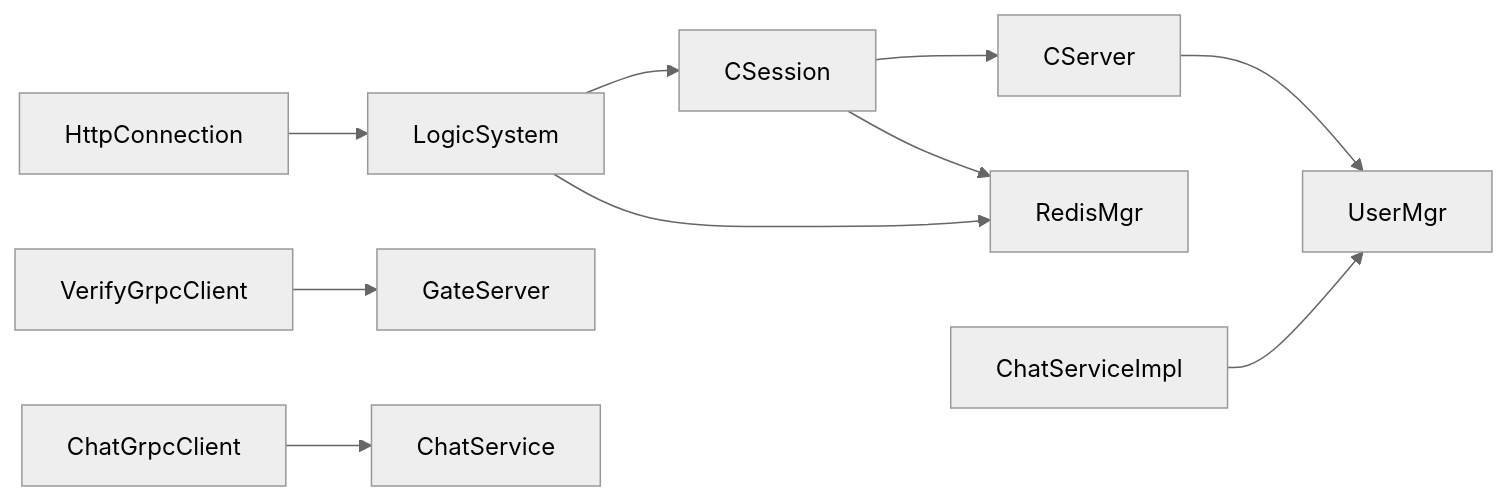
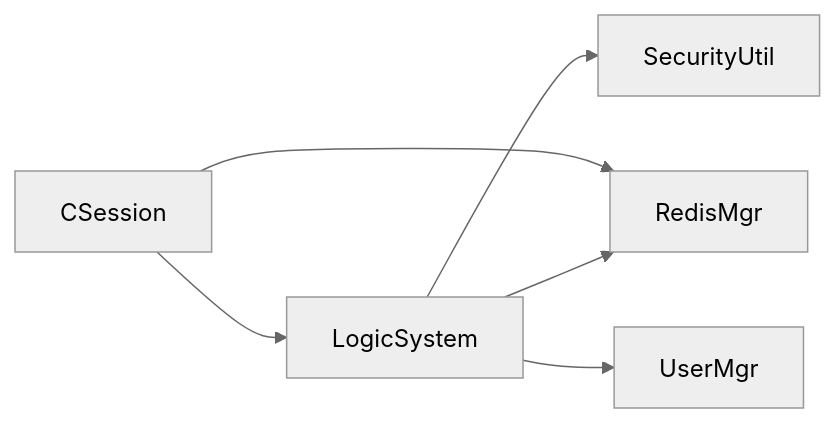
One commit to echo9923/mychatter changed the ninth of 9 diagrams in .qoder/repowiki/zh/content/安全设计/数据安全保护/会话管理安全.md. Above: the diagram before and after it, drawn with Mermaid (neutral theme). The commit also changed other lines of this file and 107 other files, not shown here.

````diff
--- a/.qoder/repowiki/zh/content/安全设计/数据安全保护/会话管理安全.md
+++ b/.qoder/repowiki/zh/content/安全设计/数据安全保护/会话管理安全.md
@@ -317,12 +356,8 @@
 ```mermaid
 graph LR
-CSession["CSession"] --> CServer["CServer"]
+CSession["CSession"] --> LogicSystem["LogicSystem"]
 CSession --> Redis["RedisMgr"]
-CServer --> UserMgr["UserMgr"]
-LogicSystem["LogicSystem"] --> CSession
+LogicSystem --> SecurityUtil["SecurityUtil"]
 LogicSystem --> Redis
-HttpConnection["HttpConnection"] --> LogicSystem
-VerifyGrpcClient["VerifyGrpcClient"] --> Gate["GateServer"]
-ChatServiceImpl["ChatServiceImpl"] --> UserMgr
-ChatGrpcClient["ChatGrpcClient"] --> ChatService["ChatService"]
+LogicSystem --> UserMgr["UserMgr"]
 ```
````
